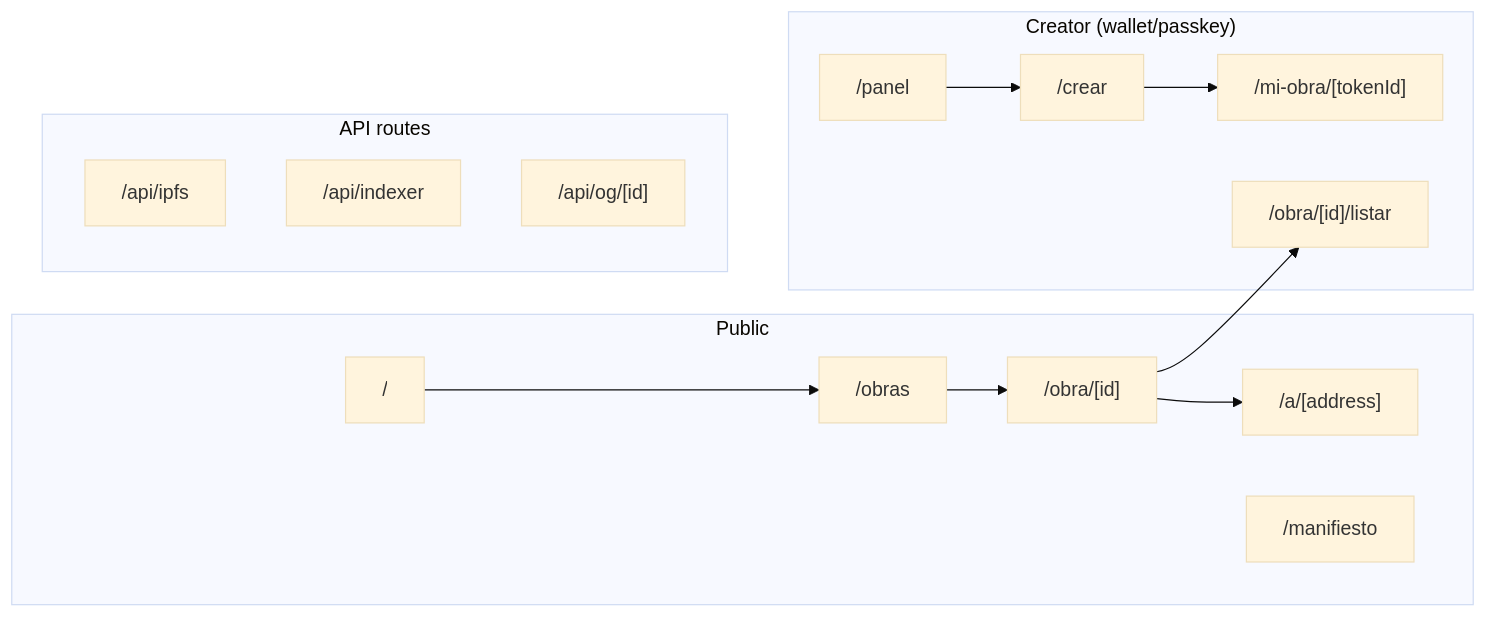
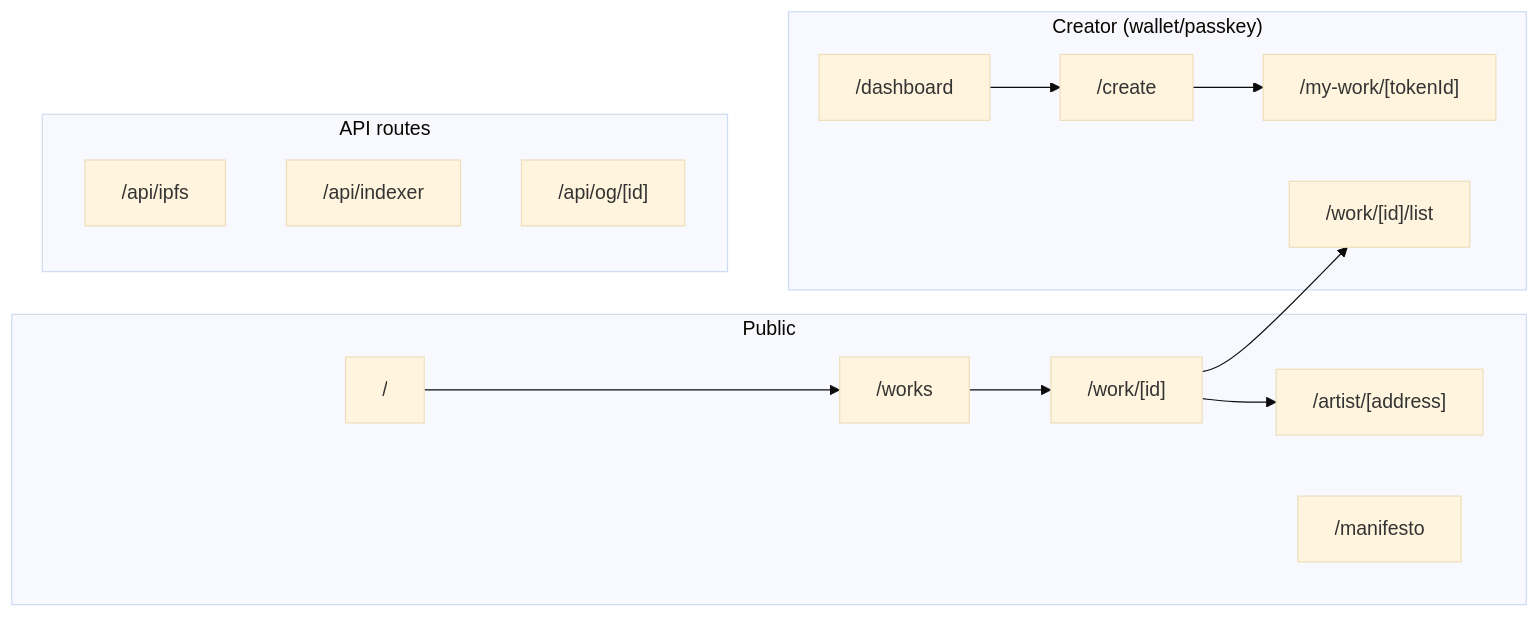
Before and after one commit to licette32/molotov: the fourth of 9 diagrams in doc/architecture.md, drawn with Mermaid (base theme). The commit also changed other lines of this file and 9 other files, not shown here.

````diff
--- a/doc/architecture.md
+++ b/doc/architecture.md
@@ -154,28 +154,28 @@
 ```mermaid
 flowchart LR
   subgraph Public["Public"]
     Landing["/"]
-    Obras["/obras"]
-    Obra["/obra/[id]"]
-    Artista["/a/[address]"]
-    Manifiesto["/manifiesto"]
+    Works["/works"]
+    Work["/work/[id]"]
+    Artist["/artist/[address]"]
+    Manifesto["/manifesto"]
   end
   subgraph Creator["Creator (wallet/passkey)"]
-    Crear["/crear"]
-    MiObra["/mi-obra/[tokenId]"]
-    Listar["/obra/[id]/listar"]
-    Panel["/panel"]
+    Create["/create"]
+    MyWork["/my-work/[tokenId]"]
+    List["/work/[id]/list"]
+    Dashboard["/dashboard"]
   end
   subgraph APIs["API routes"]
     Pin["/api/ipfs"]
     Cron["/api/indexer"]
     OG["/api/og/[id]"]
   end
 
-  Landing --> Obras
-  Obras --> Obra
-  Obra --> Artista
-  Obra --> Listar
-  Crear --> MiObra
-  Panel --> Crear
+  Landing --> Works
+  Works --> Work
+  Work --> Artist
+  Work --> List
+  Create --> MyWork
+  Dashboard --> Create
 ```
````
